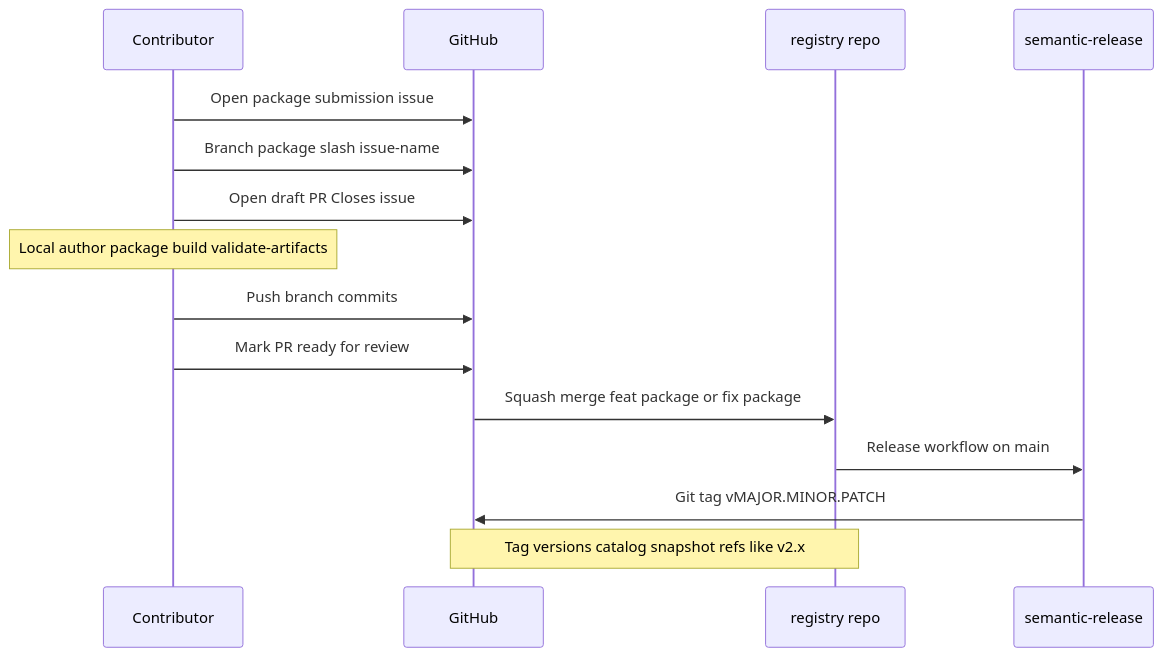
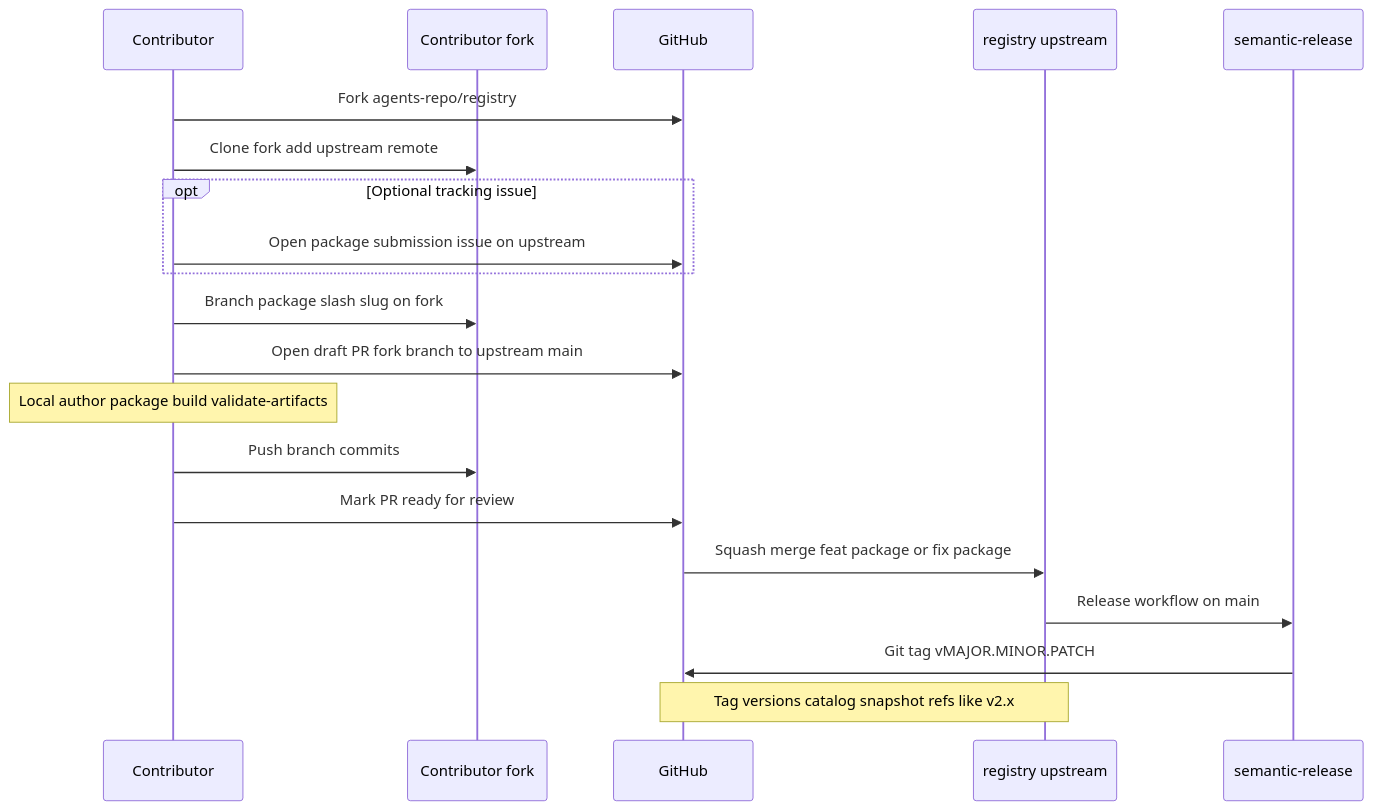
Before and after one commit to agents-repo/.github: the second of 4 diagrams in docs/ecosystem.md, drawn with Mermaid. The commit also changed other lines of this file and 1 other file, not shown here.

Commit message:
docs: package submission fork flow and optional issue exception
Add registry package submission workflow exception and update ecosystem
publish diagram for fork-first contributions.

Closes #53

````diff
--- a/docs/ecosystem.md
+++ b/docs/ecosystem.md
@@ -83,18 +84,23 @@
 ```mermaid
 sequenceDiagram
   participant C as Contributor
+  participant F as Contributor fork
   participant GH as GitHub
-  participant R as registry repo
+  participant R as registry upstream
   participant SR as semantic-release
 
-  C->>GH: Open package submission issue
-  C->>GH: Branch package slash issue-name
-  C->>GH: Open draft PR Closes issue
+  C->>GH: Fork agents-repo/registry
+  C->>F: Clone fork add upstream remote
+  opt Optional tracking issue
+    C->>GH: Open package submission issue on upstream
+  end
+  C->>F: Branch package slash slug on fork
+  C->>GH: Open draft PR fork branch to upstream main
   Note over C: Local author package build validate-artifacts
-  C->>GH: Push branch commits
+  C->>F: Push branch commits
   C->>GH: Mark PR ready for review
   GH->>R: Squash merge feat package or fix package
   R->>SR: Release workflow on main
   SR->>GH: Git tag vMAJOR.MINOR.PATCH
   Note over R,GH: Tag versions catalog snapshot refs like v2.x
 ```
````
